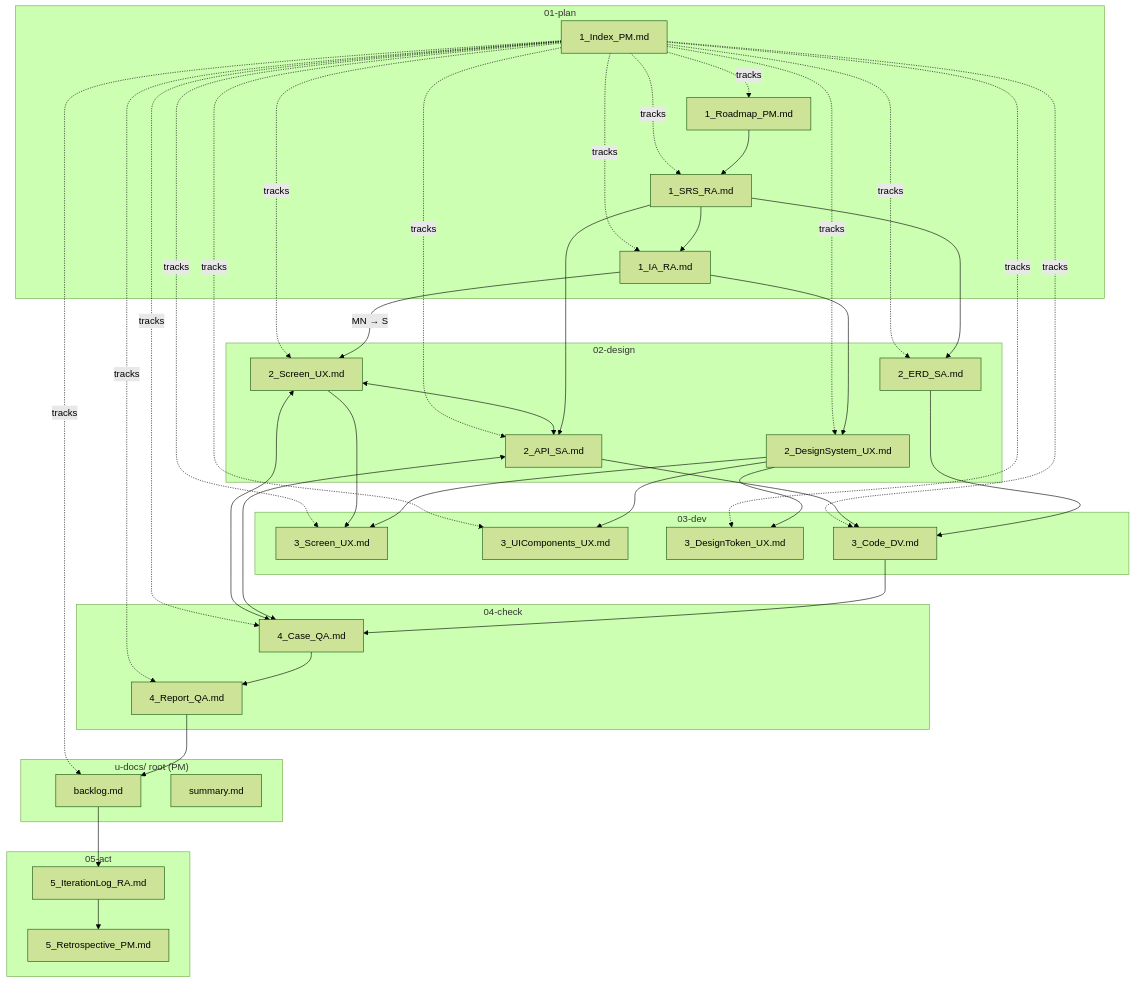
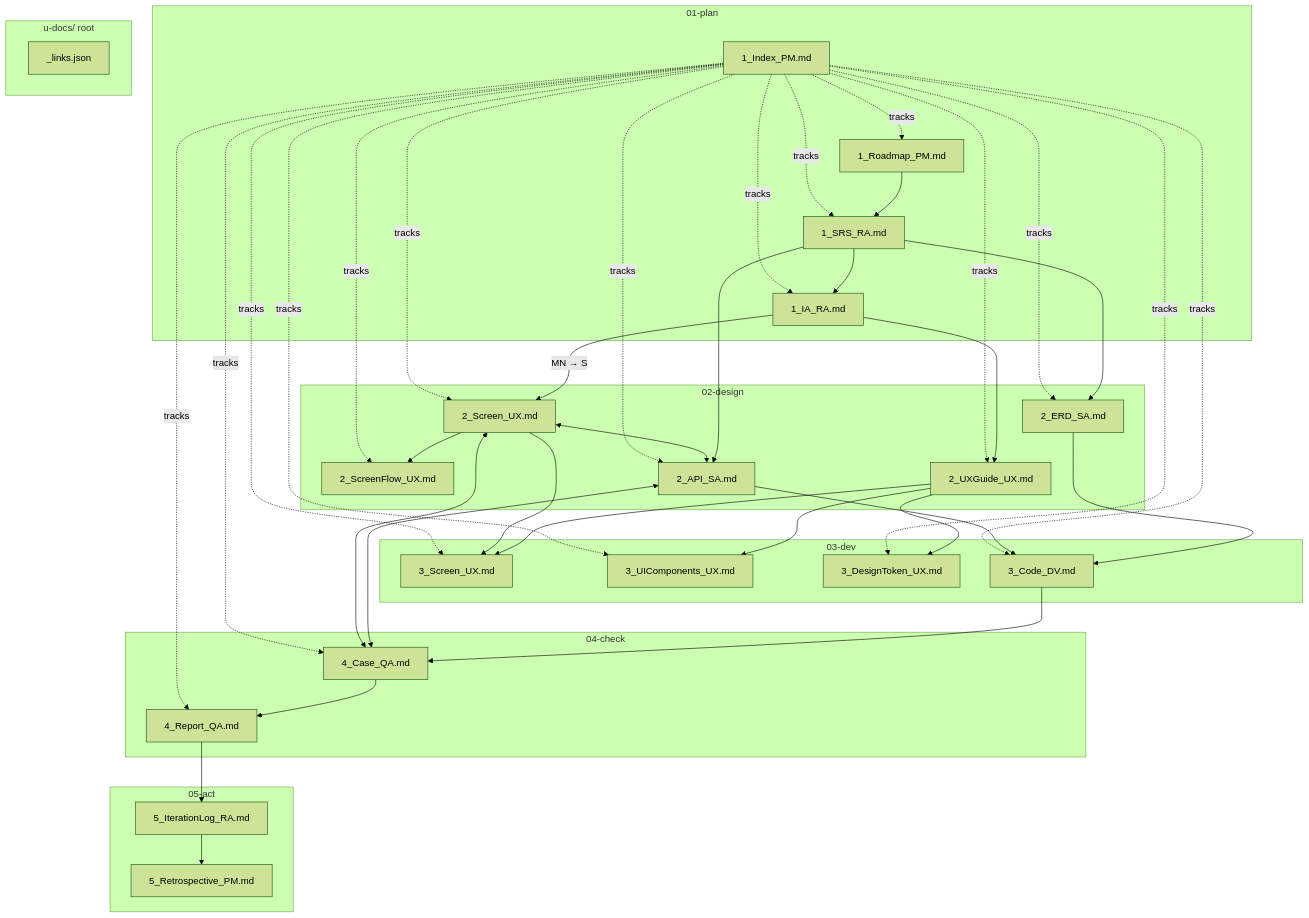
The third of 4 diagrams in references/traceability-matrix.md (upleat-ax/u-maker-plugin), drawn with Mermaid (forest theme) before and after one commit. The commit also changed other lines of this file and 214 other files, not shown here.

````diff
--- a/references/traceability-matrix.md
+++ b/references/traceability-matrix.md
@@ -85,80 +86,80 @@
 ```mermaid
 flowchart TD
     subgraph PLAN["01-plan"]
         ROADMAP[1_Roadmap_PM.md]
         SRS[1_SRS_RA.md]
         IA[1_IA_RA.md]
         INDEX[1_Index_PM.md]
     end
 
     subgraph DESIGN["02-design"]
         SCREEN[2_Screen_UX.md]
-        DSYS[2_DesignSystem_UX.md]
+        SFLOW[2_ScreenFlow_UX.md]
+        DSYS[2_UXGuide_UX.md]
         ERD[2_ERD_SA.md]
         API[2_API_SA.md]
     end
 
     subgraph DEV["03-dev"]
         SCR_UX[3_Screen_UX.md]
         UICOMP[3_UIComponents_UX.md]
         DTOKEN[3_DesignToken_UX.md]
         CODE[3_Code_DV.md]
     end
 
     subgraph CHECK_PHASE["04-check"]
         CASE[4_Case_QA.md]
         REPORT[4_Report_QA.md]
     end
 
     subgraph ACT_PHASE["05-act"]
         ITER_LOG[5_IterationLog_RA.md]
         RETRO[5_Retrospective_PM.md]
     end
 
-    subgraph ROOT_DOCS["u-docs/ root (PM)"]
-        BACKLOG[backlog.md]
-        SUMMARY[summary.md]
+    subgraph ROOT_DOCS["u-docs/ root"]
+        LINKS[_links.json]
     end
 
     %% Vertical dependencies
     ROADMAP --> SRS
     SRS --> IA
     SRS --> ERD
     SRS --> API
     IA -->|MN → S| SCREEN
+    SCREEN --> SFLOW
     IA --> DSYS
     DSYS --> SCR_UX
     DSYS --> UICOMP
     DSYS --> DTOKEN
     ERD --> CODE
     API --> CODE
     SCREEN --> SCR_UX
     CODE --> CASE
 
     %% Horizontal dependencies
     SCREEN <--> API
     API <--> CASE
     SCREEN <--> CASE
 
     %% Check → Act flow
     CASE --> REPORT
-    REPORT --> BACKLOG
-    BACKLOG --> ITER_LOG
+    REPORT --> ITER_LOG
     ITER_LOG --> RETRO
 
     %% Index tracks all
     INDEX -.->|tracks| ROADMAP
     INDEX -.->|tracks| SRS
     INDEX -.->|tracks| IA
     INDEX -.->|tracks| SCREEN
+    INDEX -.->|tracks| SFLOW
     INDEX -.->|tracks| DSYS
     INDEX -.->|tracks| ERD
     INDEX -.->|tracks| API
     INDEX -.->|tracks| SCR_UX
     INDEX -.->|tracks| UICOMP
     INDEX -.->|tracks| DTOKEN
     INDEX -.->|tracks| CODE
     INDEX -.->|tracks| CASE
     INDEX -.->|tracks| REPORT
-    INDEX -.->|tracks| BACKLOG
 ```
````
